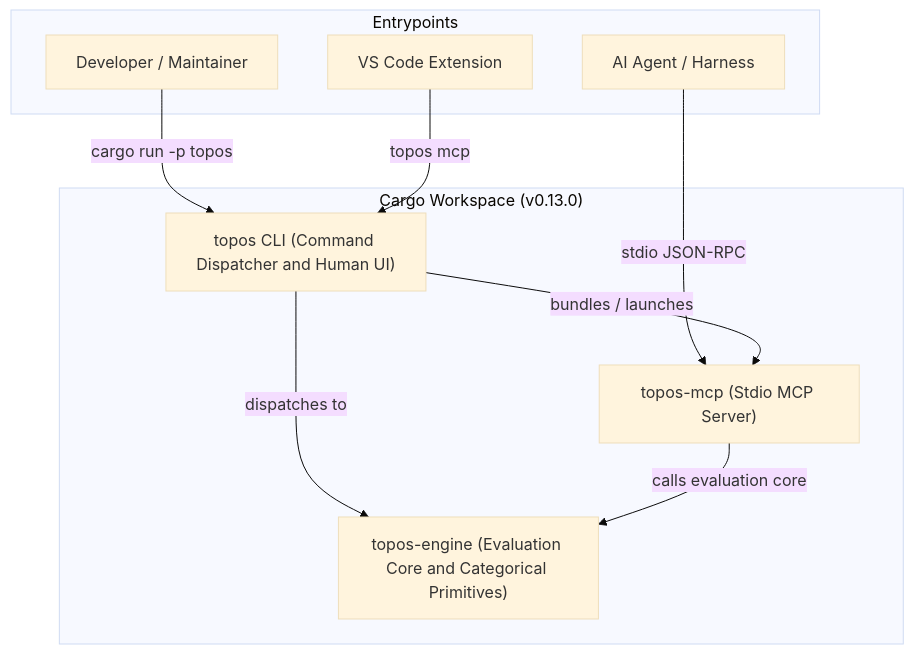
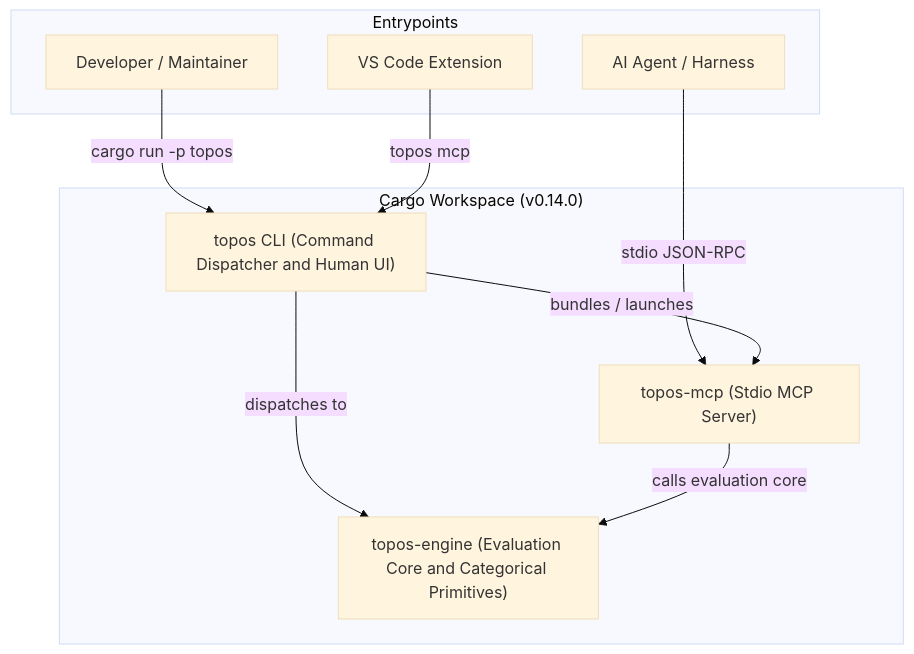
One commit to Krv-Labs/topos changed the first of 2 diagrams in openwiki/quickstart.md. Above: the diagram before and after it, drawn with Mermaid (base theme). The commit also changed other lines of this file and 21 other files, not shown here.

````diff
--- a/openwiki/quickstart.md
+++ b/openwiki/quickstart.md
@@ -49,21 +49,21 @@
 ```mermaid
 flowchart TD
-    subgraph Workspace ["Cargo Workspace (v0.13.0)"]
+    subgraph Workspace ["Cargo Workspace (v0.14.0)"]
         Engine["topos-engine (Evaluation Core and Categorical Primitives)"]
         CLI["topos CLI (Command Dispatcher and Human UI)"]
         MCP["topos-mcp (Stdio MCP Server)"]
     end
 
     subgraph Entrypoints
         Developer["Developer / Maintainer"]
         Agent["AI Agent / Harness"]
         VSCode["VS Code Extension"]
     end
 
     Developer -->|cargo run -p topos| CLI
     Agent -->|stdio JSON-RPC| MCP
     VSCode -->|topos mcp| CLI
     CLI -->|bundles / launches| MCP
     CLI -->|dispatches to| Engine
     MCP -->|calls evaluation core| Engine
 ```
````
